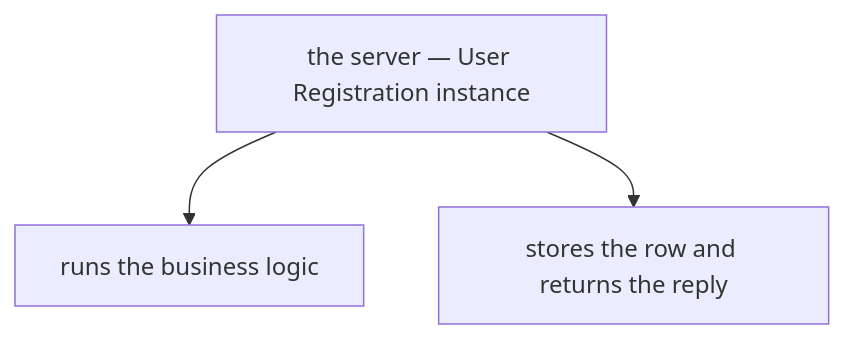
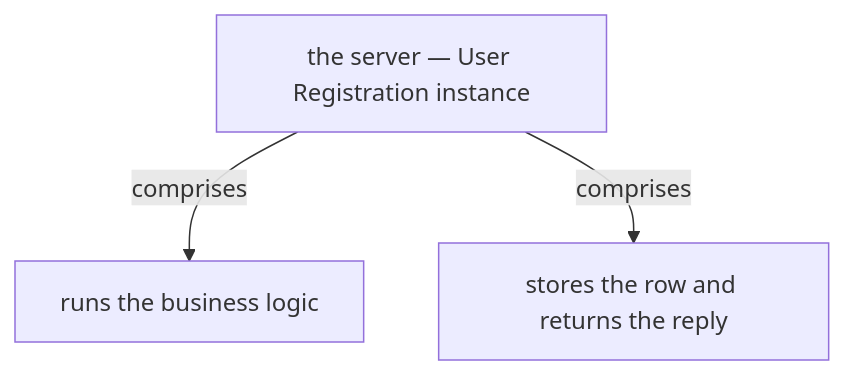
One commit to vinayakuber/microservices-io-study-guide changed the seventh of 13 diagrams in docs/ch06-remote-procedure-invocation.md. Above: the diagram before and after it, drawn with Mermaid. The commit also changed other lines of this file and 71 other files, not shown here.

First line of the commit message:
R18: label every diagram arrow with its meaning

````diff
--- a/docs/ch06-remote-procedure-invocation.md
+++ b/docs/ch06-remote-procedure-invocation.md
@@ -253,6 +253,6 @@
 ```mermaid
 flowchart TD
   R["the server — User Registration instance"]
-  R --> P0["runs the business logic"]
-  R --> P1["stores the row and returns the reply"]
+  R -->|"comprises"| P0["runs the business logic"]
+  R -->|"comprises"| P1["stores the row and returns the reply"]
 ```
````
